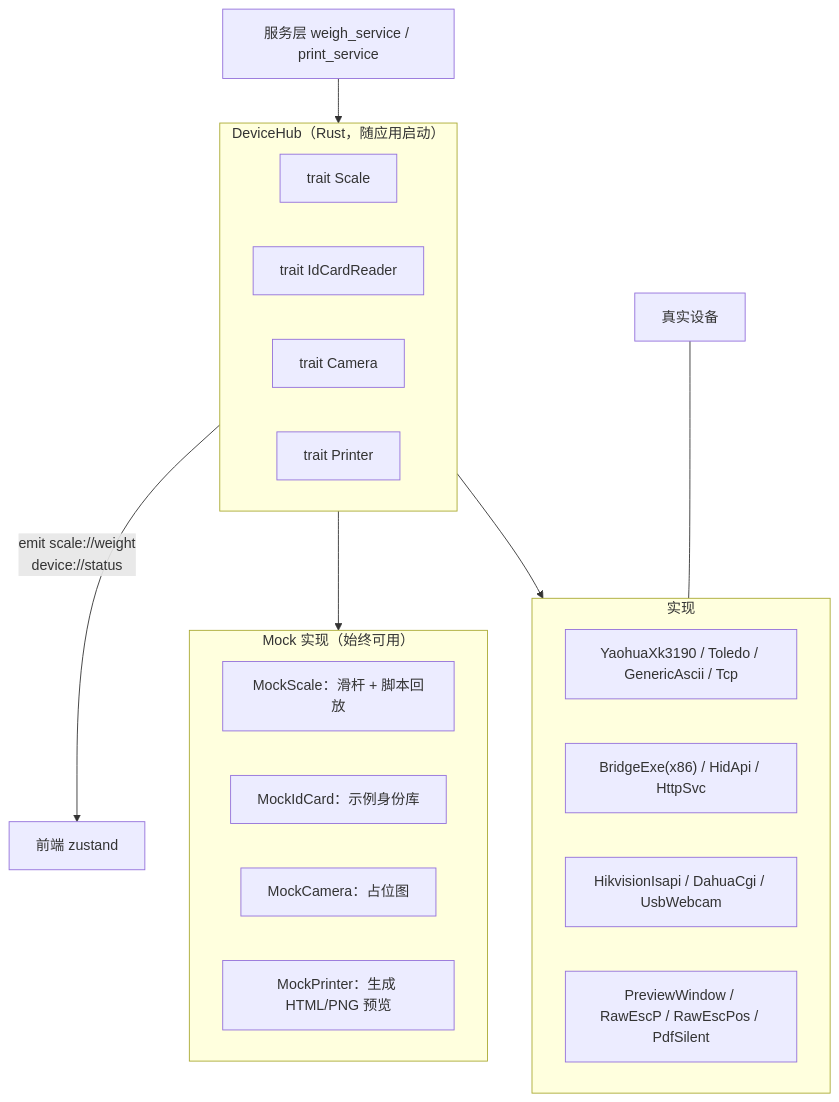
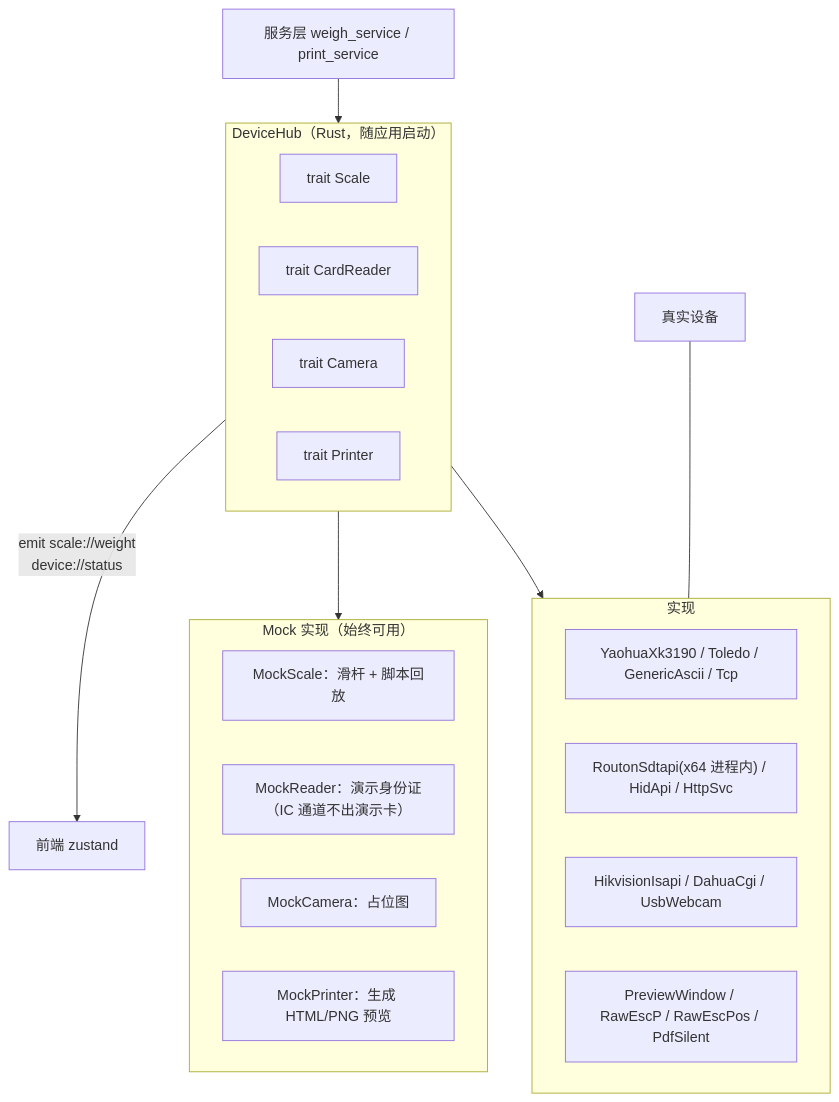
Before and after one commit to datawalkcloud/BangHe: the first of 4 diagrams in docs/design/04-硬件对接方案.md, drawn with Mermaid. The commit also changed other lines of this file and 309 other files, not shown here.

````diff
--- a/docs/design/04-硬件对接方案.md
+++ b/docs/design/04-硬件对接方案.md
@@ -11,27 +11,27 @@
 ```mermaid
 flowchart TB
     subgraph Hub["DeviceHub（Rust，随应用启动）"]
         direction LR
         T1["trait Scale"]
-        T2["trait IdCardReader"]
+        T2["trait CardReader"]
         T3["trait Camera"]
         T4["trait Printer"]
     end
     subgraph Impl["实现"]
         S1["YaohuaXk3190 / Toledo / GenericAscii / Tcp"]
-        S2["BridgeExe(x86) / HidApi / HttpSvc"]
+        S2["RoutonSdtapi(x64 进程内) / HidApi / HttpSvc"]
         S3["HikvisionIsapi / DahuaCgi / UsbWebcam"]
         S4["PreviewWindow / RawEscP / RawEscPos / PdfSilent"]
     end
     subgraph Mock["Mock 实现（始终可用）"]
         M1["MockScale：滑杆 + 脚本回放"]
-        M2["MockIdCard：示例身份库"]
+        M2["MockReader：演示身份证（IC 通道不出演示卡）"]
         M3["MockCamera：占位图"]
         M4["MockPrinter：生成 HTML/PNG 预览"]
     end
     Hub --> Impl
     Hub --> Mock
     HW["真实设备"] --- Impl
     SVC["服务层 weigh_service / print_service"] --> Hub
     Hub -->|"emit scale://weight<br/>device://status"| FE["前端 zustand"]
 ```
````
